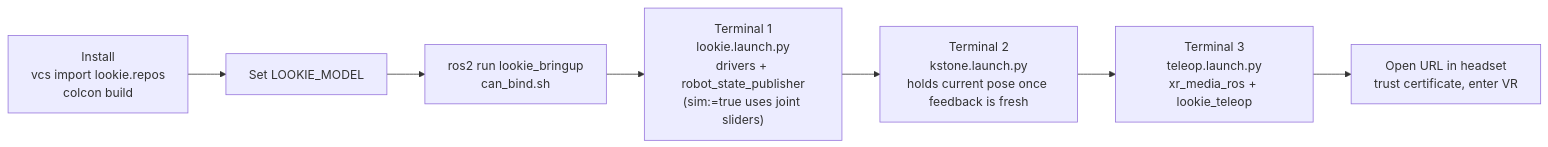
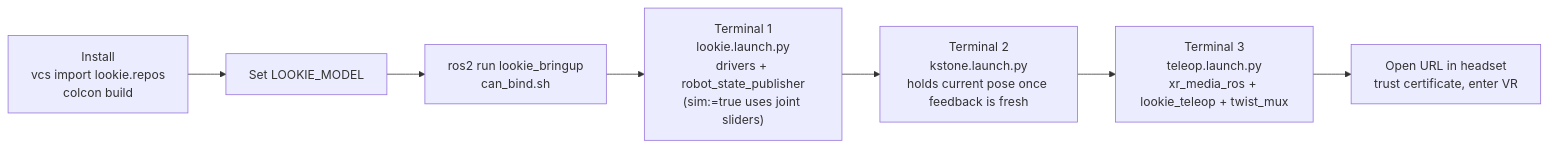
The second of 7 diagrams in docs/architecture.md (AgilexOpensource/lookie_ros), drawn with Mermaid before and after one commit. The commit also changed other lines of this file and 23 other files, not shown here.

````diff
--- a/docs/architecture.md
+++ b/docs/architecture.md
@@ -77,9 +79,9 @@
 ```mermaid
 flowchart LR
     S0["Install<br/>vcs import lookie.repos<br/>colcon build"] --> S1["Set LOOKIE_MODEL"]
     S1 --> S2["ros2 run lookie_bringup<br/>can_bind.sh"]
     S2 --> S3["Terminal 1<br/>lookie.launch.py<br/>drivers + robot_state_publisher<br/>(sim:=true uses joint sliders)"]
     S3 --> S4["Terminal 2<br/>kstone.launch.py<br/>holds current pose once feedback is fresh"]
-    S4 --> S5["Terminal 3<br/>teleop.launch.py<br/>xr_media_ros + lookie_teleop"]
+    S4 --> S5["Terminal 3<br/>teleop.launch.py<br/>xr_media_ros + lookie_teleop + twist_mux"]
     S5 --> S6["Open URL in headset<br/>trust certificate, enter VR"]
 ```
````
